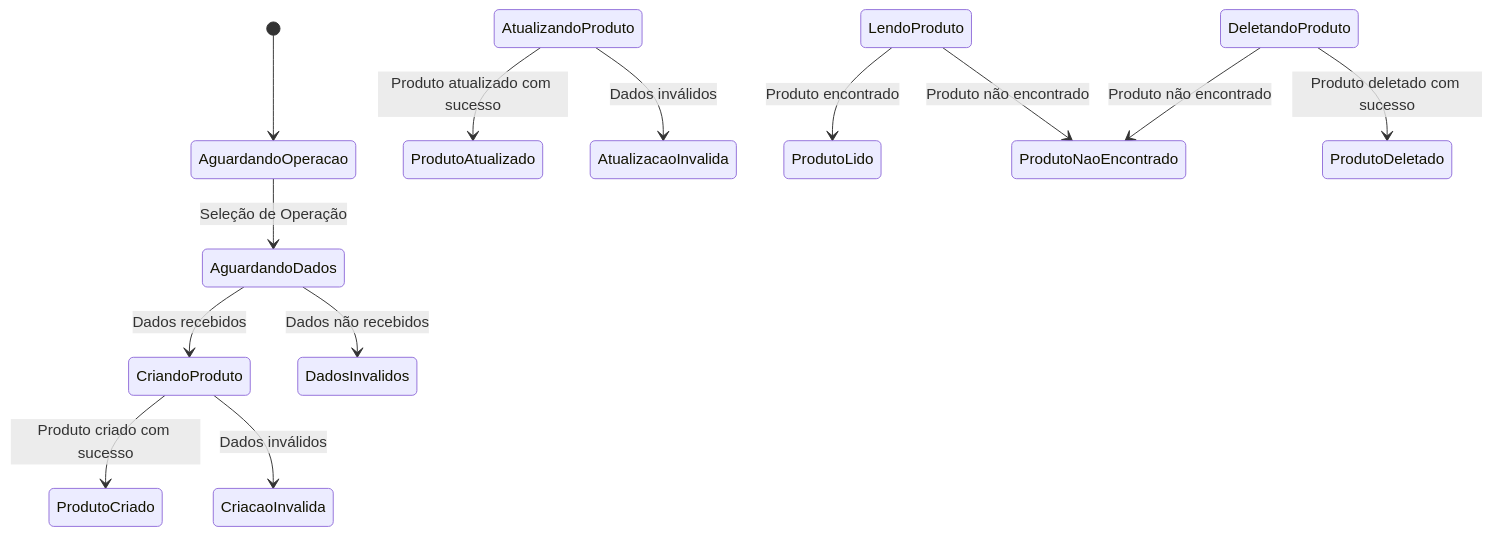
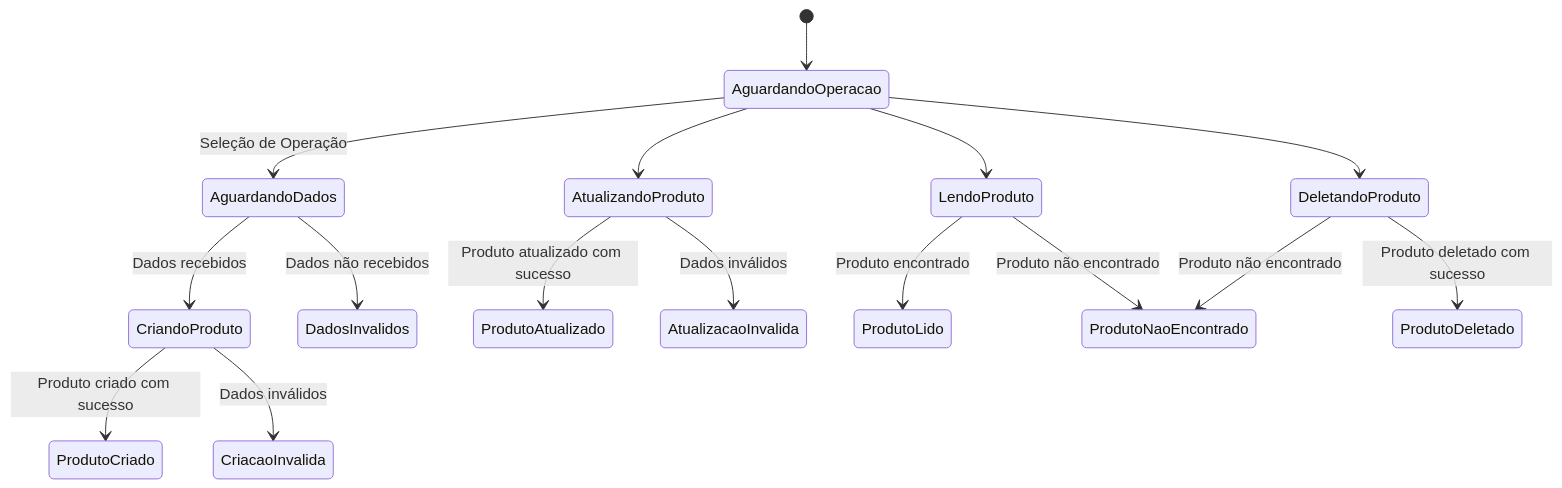
One commit to Korzre/npi-split changed the diagram in docs/Diagrams/state-Diagram.md. Above: the diagram before and after it, drawn with Mermaid. The commit also changed 123 other files, not shown here.

````diff
--- a/docs/Diagrams/state-Diagram.md
+++ b/docs/Diagrams/state-Diagram.md
@@ -1,17 +1,24 @@
 ```mermaid
 stateDiagram
   [*] --> AguardandoOperacao
   AguardandoOperacao --> AguardandoDados: Seleção de Operação
   AguardandoDados --> CriandoProduto: Dados recebidos
   AguardandoDados --> DadosInvalidos: Dados não recebidos
   CriandoProduto --> ProdutoCriado: Produto criado com sucesso
   CriandoProduto --> CriacaoInvalida: Dados inválidos
+  
+  AguardandoOperacao --> AtualizandoProduto
+
+AguardandoOperacao -->  LendoProduto
+
+AguardandoOperacao -->  DeletandoProduto
+
   AtualizandoProduto --> ProdutoAtualizado: Produto atualizado com sucesso
   AtualizandoProduto --> AtualizacaoInvalida: Dados inválidos
   LendoProduto --> ProdutoLido: Produto encontrado
   LendoProduto --> ProdutoNaoEncontrado: Produto não encontrado
   DeletandoProduto --> ProdutoDeletado: Produto deletado com sucesso
   DeletandoProduto --> ProdutoNaoEncontrado: Produto não encontrado
 
 
 ```
````
